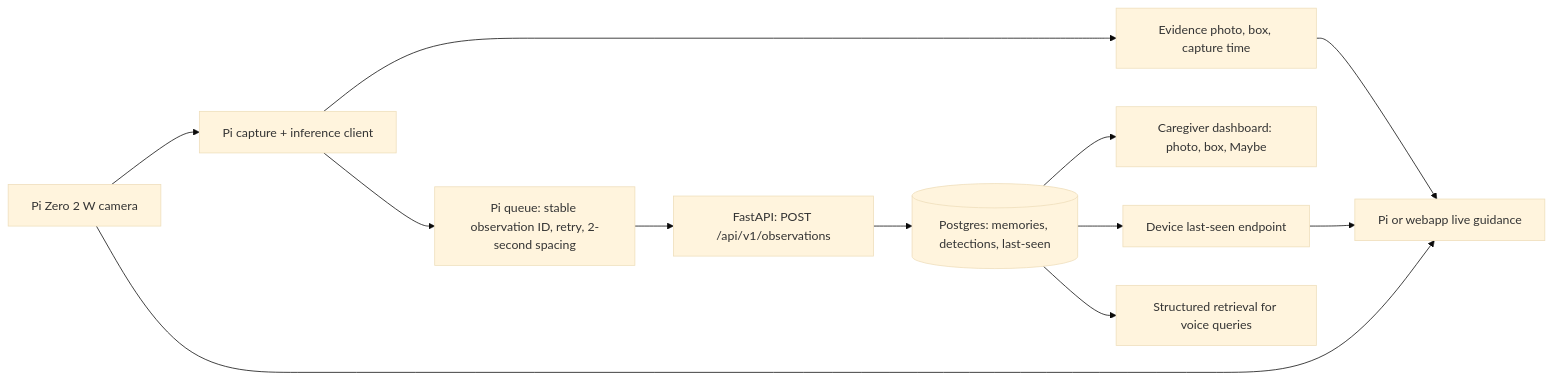
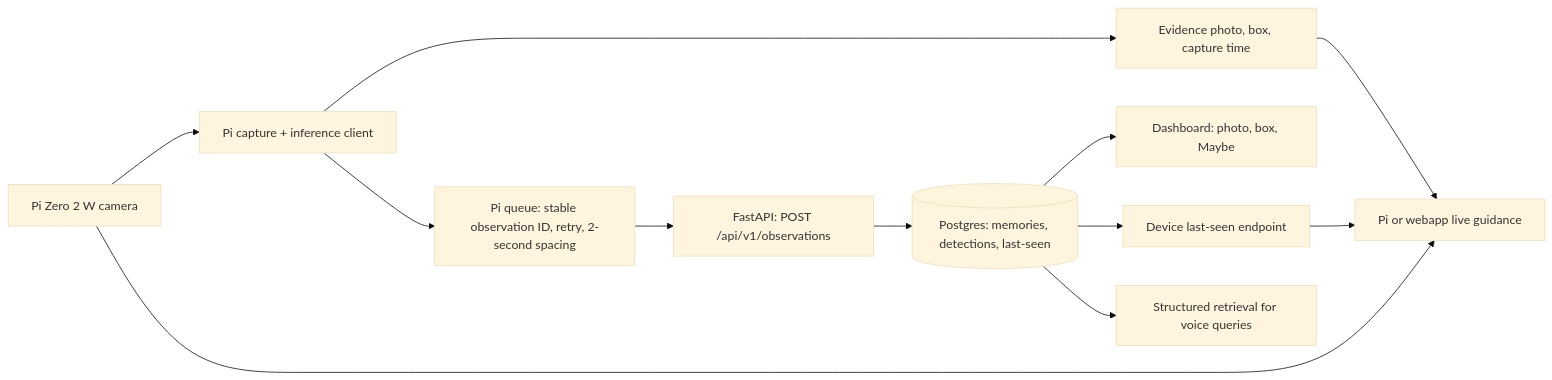
One commit to anduytran/swamphacksxii-hard-mode changed the diagram in docs/bridge-integration.md. Above: the diagram before and after it, drawn with Mermaid (base theme). The commit also changed other lines of this file and 40 other files, not shown here.

Commit message:
Wording for everyone, not just caregivers and people with memory loss: landing, Household page and setup checklist ("Start a household", "member", no "Mom's" placeholders), the voice, summary, photo and MCP instructions, docs and comments. Code names and CAREGIVER_* env vars are unchanged

````diff
--- a/docs/bridge-integration.md
+++ b/docs/bridge-integration.md
@@ -21,14 +21,14 @@
 ```mermaid
 flowchart LR
     Camera[Pi Zero 2 W camera] --> Edge[Pi capture + inference client]
     Edge --> Local[Evidence photo, box, capture time]
     Edge --> Queue[Pi queue: stable observation ID, retry, 2-second spacing]
     Queue --> API[FastAPI: POST /api/v1/observations]
     API --> DB[(Postgres: memories, detections, last-seen)]
-    DB --> Dashboard[Caregiver dashboard: photo, box, Maybe]
+    DB --> Dashboard[Dashboard: photo, box, Maybe]
     DB --> Lookup[Device last-seen endpoint]
     DB --> Retrieval[Structured retrieval for voice queries]
     Local --> Guidance[Pi or webapp live guidance]
     Camera --> Guidance
     Lookup --> Guidance
 ```
````
